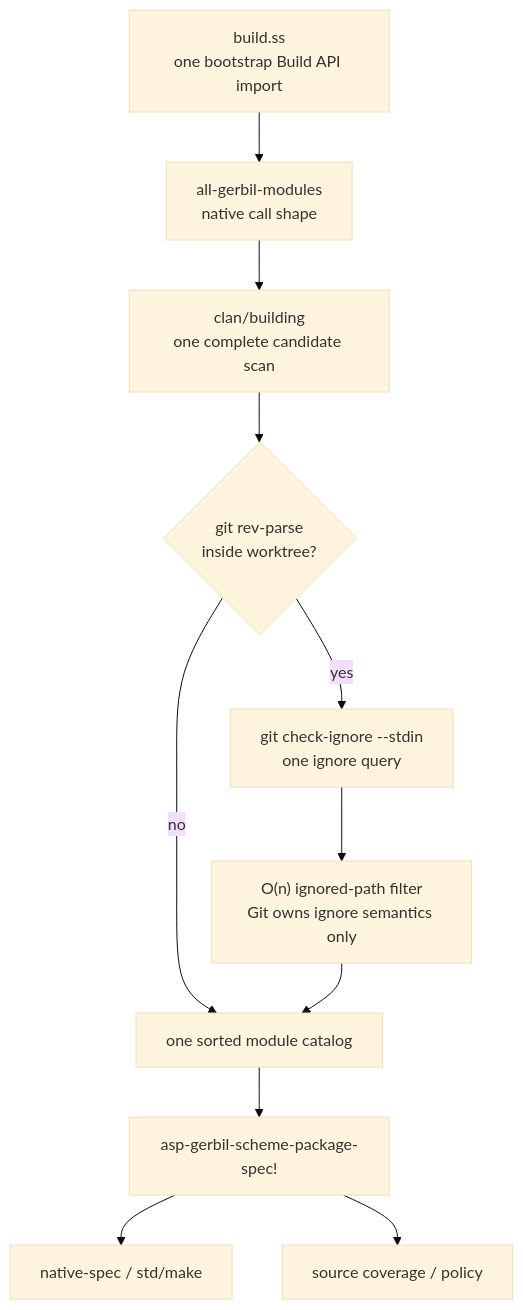
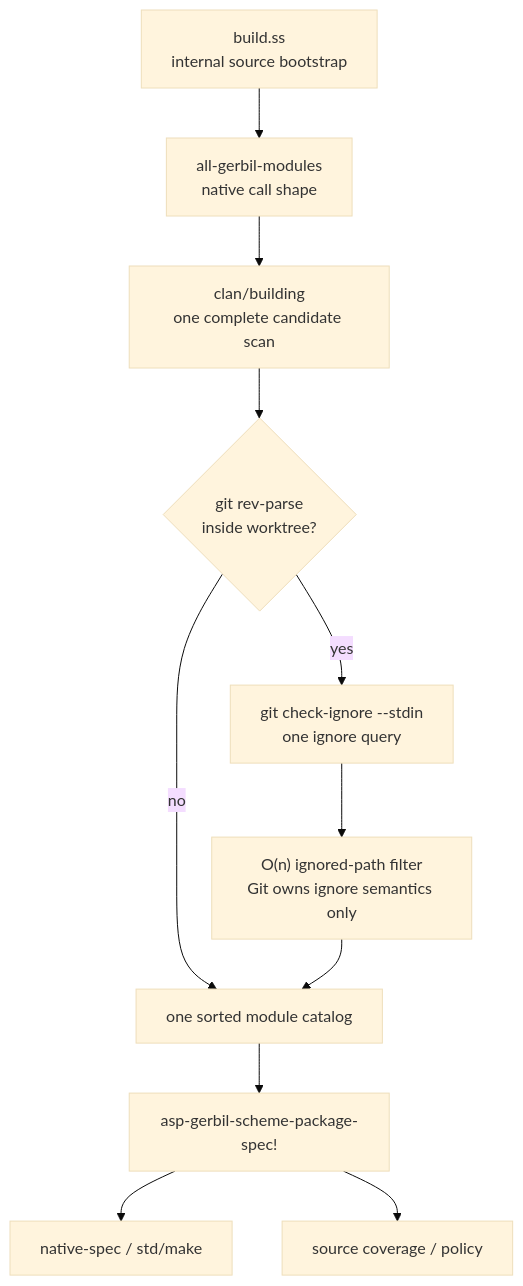
Before and after one commit to tao3k/asp-gerbil-scheme: the second of 8 diagrams in docs/30-39-building/31.07-native-gerbil-declarative-boundary.org, drawn with Mermaid (base theme). The commit also changed other lines of this file and 10 other files, not shown here.

```diff
--- a/docs/30-39-building/31.07-native-gerbil-declarative-boundary.org
+++ b/docs/30-39-building/31.07-native-gerbil-declarative-boundary.org
@@ -91,13 +94,13 @@
 #+begin_src mermaid
 flowchart TD
-    Build["build.ss<br/>one bootstrap Build API import"] --> Discover["all-gerbil-modules<br/>native call shape"]
+    Build["build.ss<br/>internal source bootstrap"] --> Discover["all-gerbil-modules<br/>native call shape"]
     Discover --> UpstreamCatalog["clan/building<br/>one complete candidate scan"]
     UpstreamCatalog --> GitProject{"git rev-parse<br/>inside worktree?"}
     GitProject -->|yes| IgnoreQuery["git check-ignore --stdin<br/>one ignore query"]
     GitProject -->|no| Modules["candidate catalog unchanged"]
     IgnoreQuery --> Filter["O(n) ignored-path filter<br/>Git owns ignore semantics only"]
     Filter --> Modules["one sorted module catalog"]
     Modules --> PackageSpec["asp-gerbil-scheme-package-spec!"]
     PackageSpec --> Native["native-spec / std/make"]
     PackageSpec --> Policy["source coverage / policy"]
 #+end_src
```
